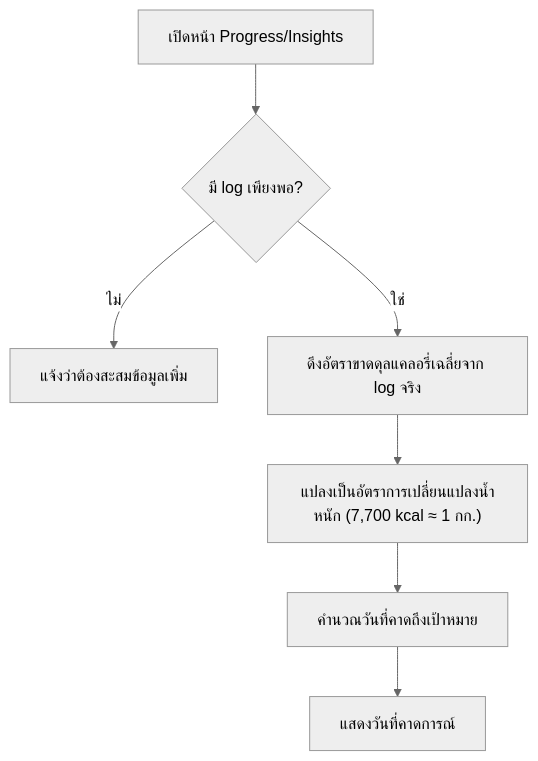
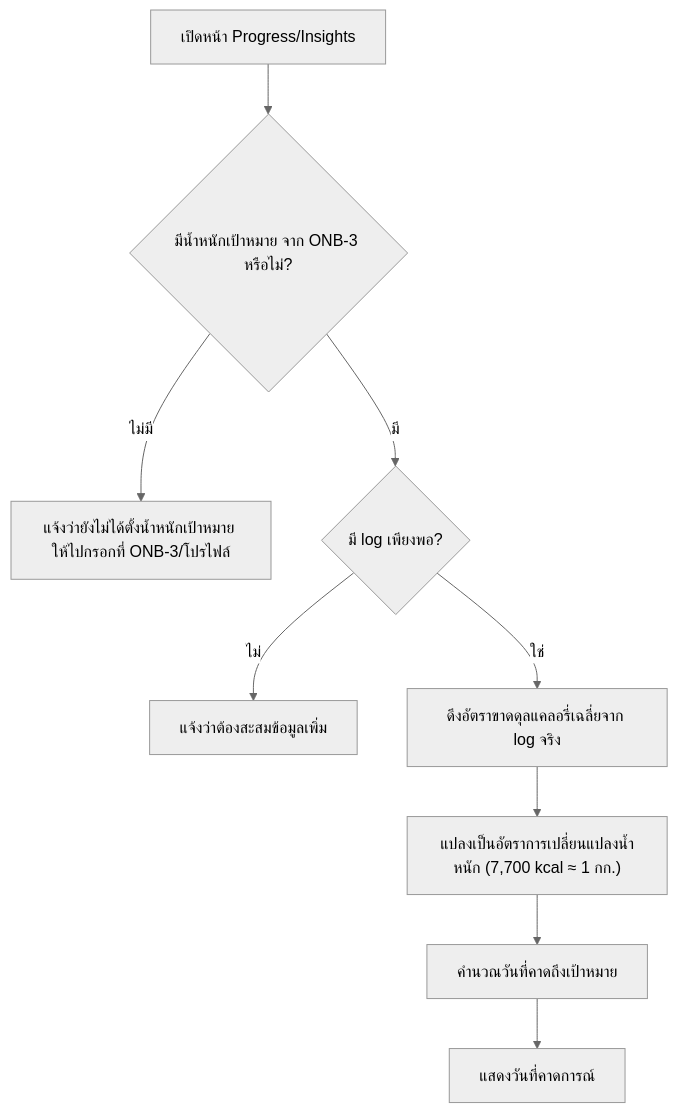
One commit to Kikofah/smartFit_daily changed diagram 12 of 14 in docs/02-design/01-prototypes/user-journeys.md. Above: the diagram before and after it, drawn with Mermaid (neutral theme). The commit also changed other lines of this file and 5 other files, not shown here.

First line of the commit message:
Add conceptual High Level Architecture doc

````diff
--- a/docs/02-design/01-prototypes/user-journeys.md
+++ b/docs/02-design/01-prototypes/user-journeys.md
@@ -458,9 +466,11 @@
 ```mermaid
 flowchart TD
-    A[เปิดหน้า Progress/Insights] --> B{มี log เพียงพอ?}
+    A[เปิดหน้า Progress/Insights] --> A2{มีน้ำหนักเป้าหมาย จาก ONB-3 หรือไม่?}
+    A2 -- ไม่มี --> A3[แจ้งว่ายังไม่ได้ตั้งน้ำหนักเป้าหมาย ให้ไปกรอกที่ ONB-3/โปรไฟล์]
+    A2 -- มี --> B{มี log เพียงพอ?}
     B -- ไม่ --> C[แจ้งว่าต้องสะสมข้อมูลเพิ่ม]
     B -- ใช่ --> D[ดึงอัตราขาดดุลแคลอรี่เฉลี่ยจาก log จริง]
     D --> E["แปลงเป็นอัตราการเปลี่ยนแปลงน้ำหนัก (7,700 kcal ≈ 1 กก.)"]
     E --> F[คำนวณวันที่คาดถึงเป้าหมาย]
     F --> G[แสดงวันที่คาดการณ์]
 ```
````
